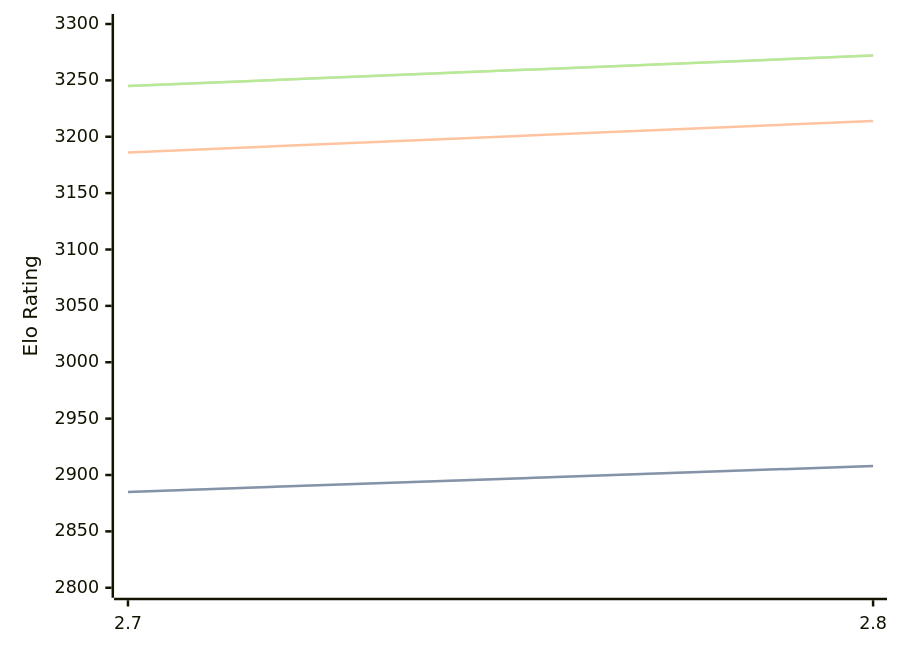
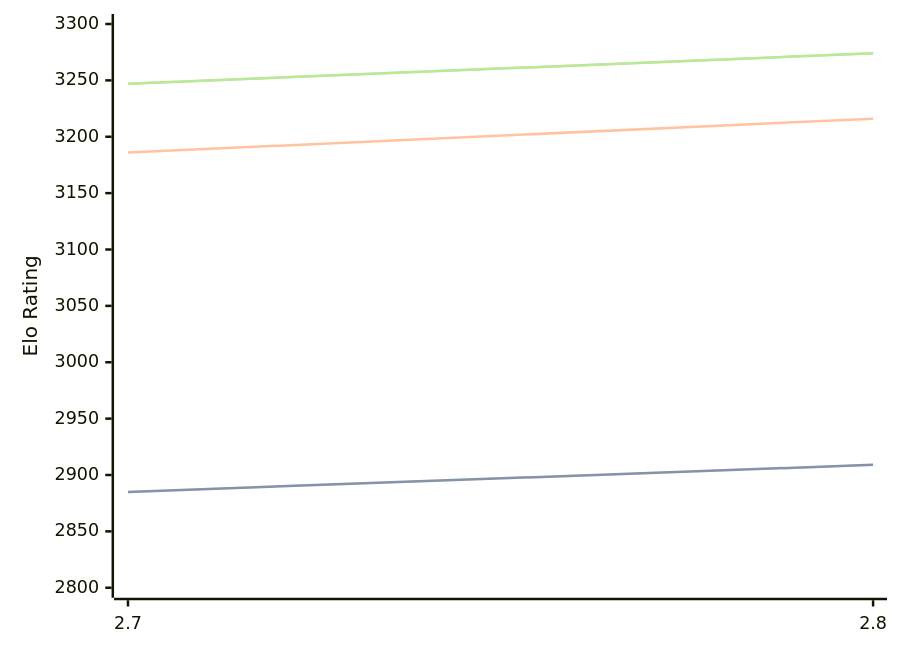
One commit to computer-chess-index/cci changed the first of 3 diagrams in engines/Arcanum.md. Above: the diagram before and after it, drawn with Mermaid. The commit also changed other lines of this file, not shown here.

Commit message:
Update CCI Ratings (ELO VLTC) - 2026-06-21

````diff
--- a/engines/Arcanum.md
+++ b/engines/Arcanum.md
@@ -44,11 +44,11 @@
 ```mermaid
 %%{init: {"theme":"base","themeVariables":{"seriesColors:['#a3a3a3','#222221','#faa371']}}}%%
 xychart-beta
   x-axis ["2.7", "2.8"]
   y-axis "Elo Rating" 2800 --> 3300
-  line "STC (8.0+0.08s)" [2885, 2908]
-  line "STC (8.0+0.08s)" [2885, 2908]
-  line "LTC (60.0+0.60s)" [3186, 3214]
-  line "VLTC (2m24s+1.12s)" [3245, 3272]
-  line "VLTC (2m24s+1.12s)" [3245, 3272]
+  line "STC (8.0+0.08s)" [2885, 2909]
+  line "STC (8.0+0.08s)" [2885, 2909]
+  line "LTC (60.0+0.60s)" [3186, 3216]
+  line "VLTC (2m24s+1.12s)" [3247, 3274]
+  line "VLTC (2m24s+1.12s)" [3247, 3274]
 ```
````
